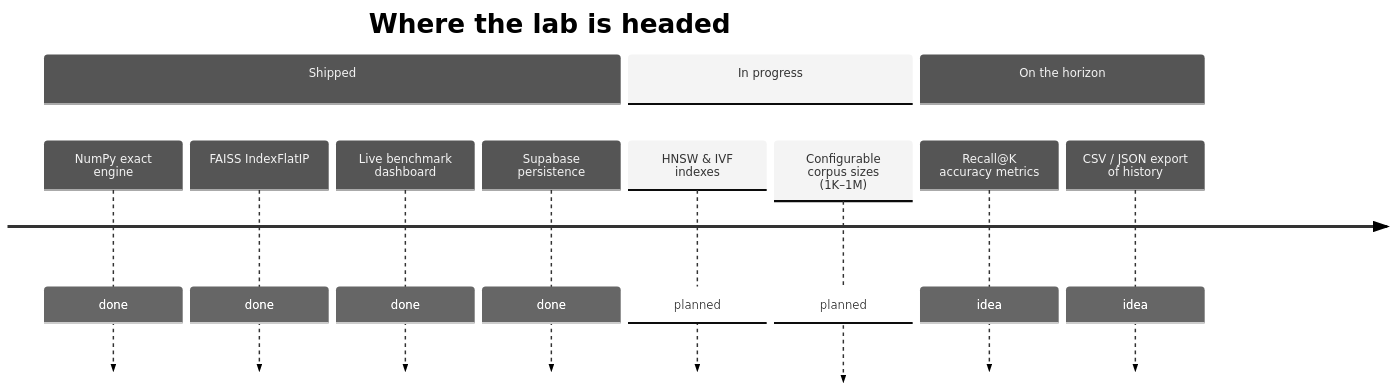
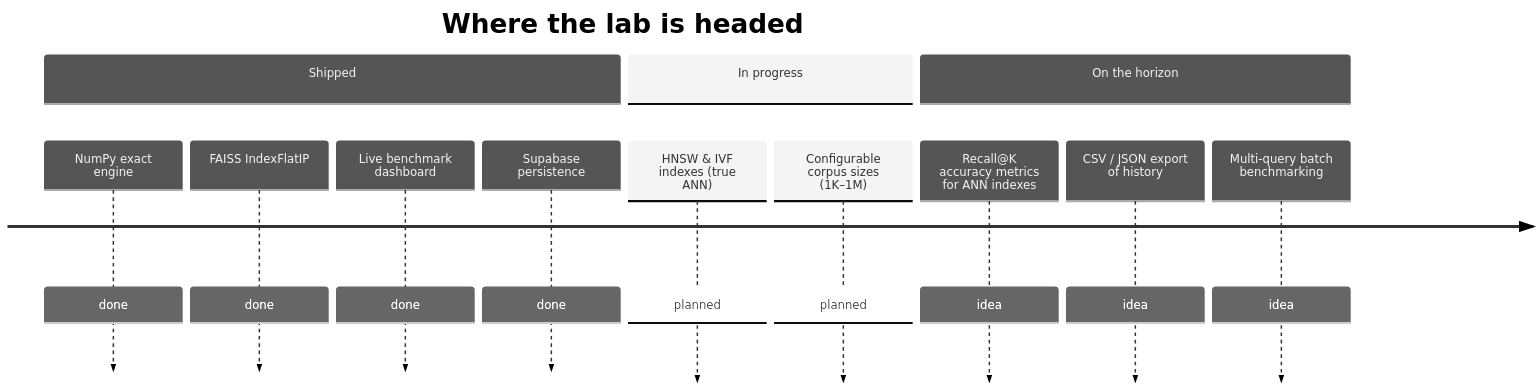
One commit to paras160500/RAG-Performance-LAB-FastAPI-React-Tailwind changed the fifth of 5 diagrams in README.md. Above: the diagram before and after it, drawn with Mermaid (neutral theme). The commit also changed other lines of this file, not shown here.

````diff
--- a/README.md
+++ b/README.md
@@ -269,15 +343,16 @@
 ```mermaid
 timeline
     title Where the lab is headed
     section Shipped
         NumPy exact engine : done
         FAISS IndexFlatIP : done
         Live benchmark dashboard : done
         Supabase persistence : done
     section In progress
-        HNSW & IVF indexes : planned
+        HNSW & IVF indexes (true ANN) : planned
         Configurable corpus sizes (1K–1M) : planned
     section On the horizon
-        Recall@K accuracy metrics : idea
+        Recall@K accuracy metrics for ANN indexes : idea
         CSV / JSON export of history : idea
+        Multi-query batch benchmarking : idea
 ```
````
